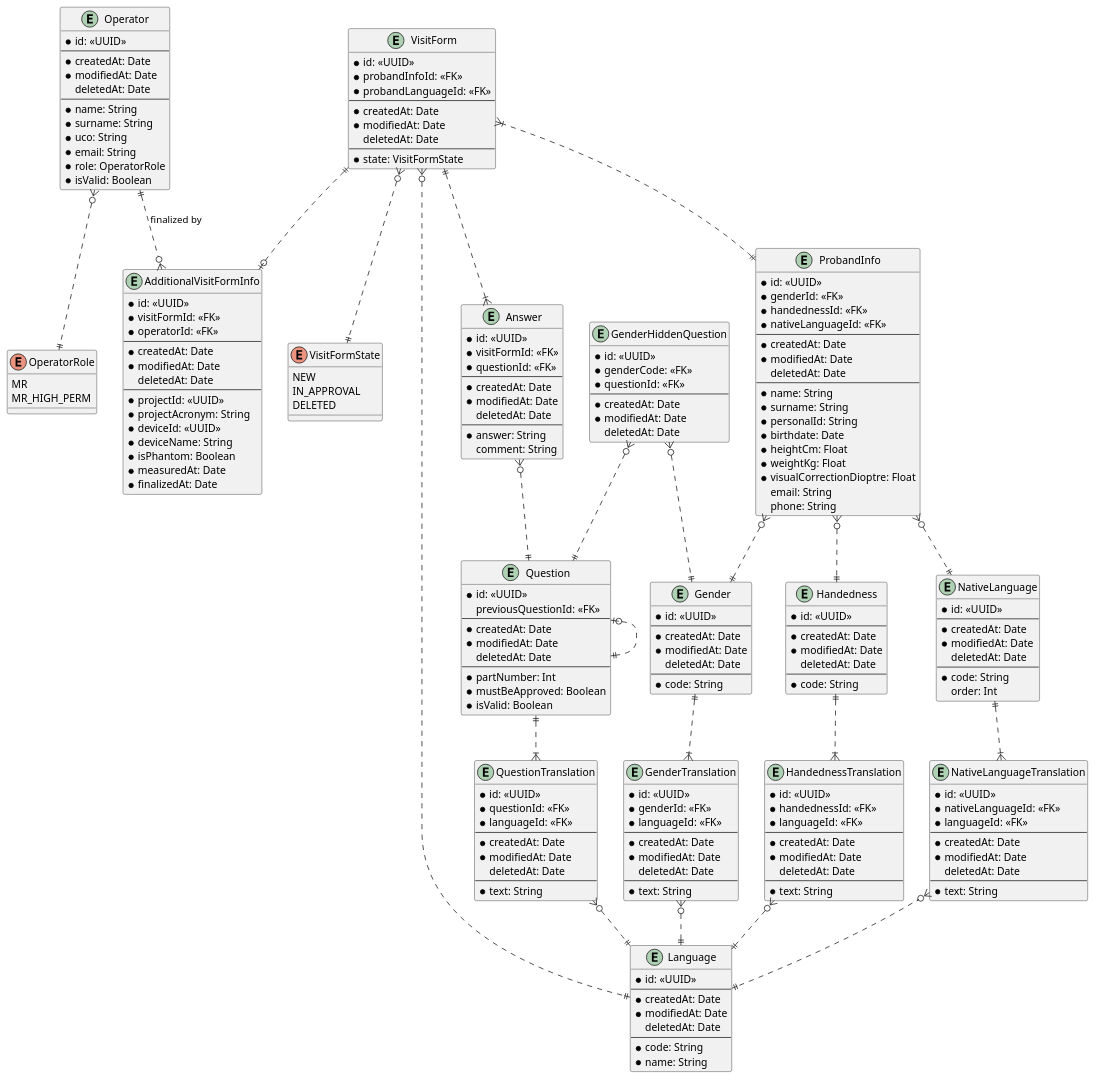
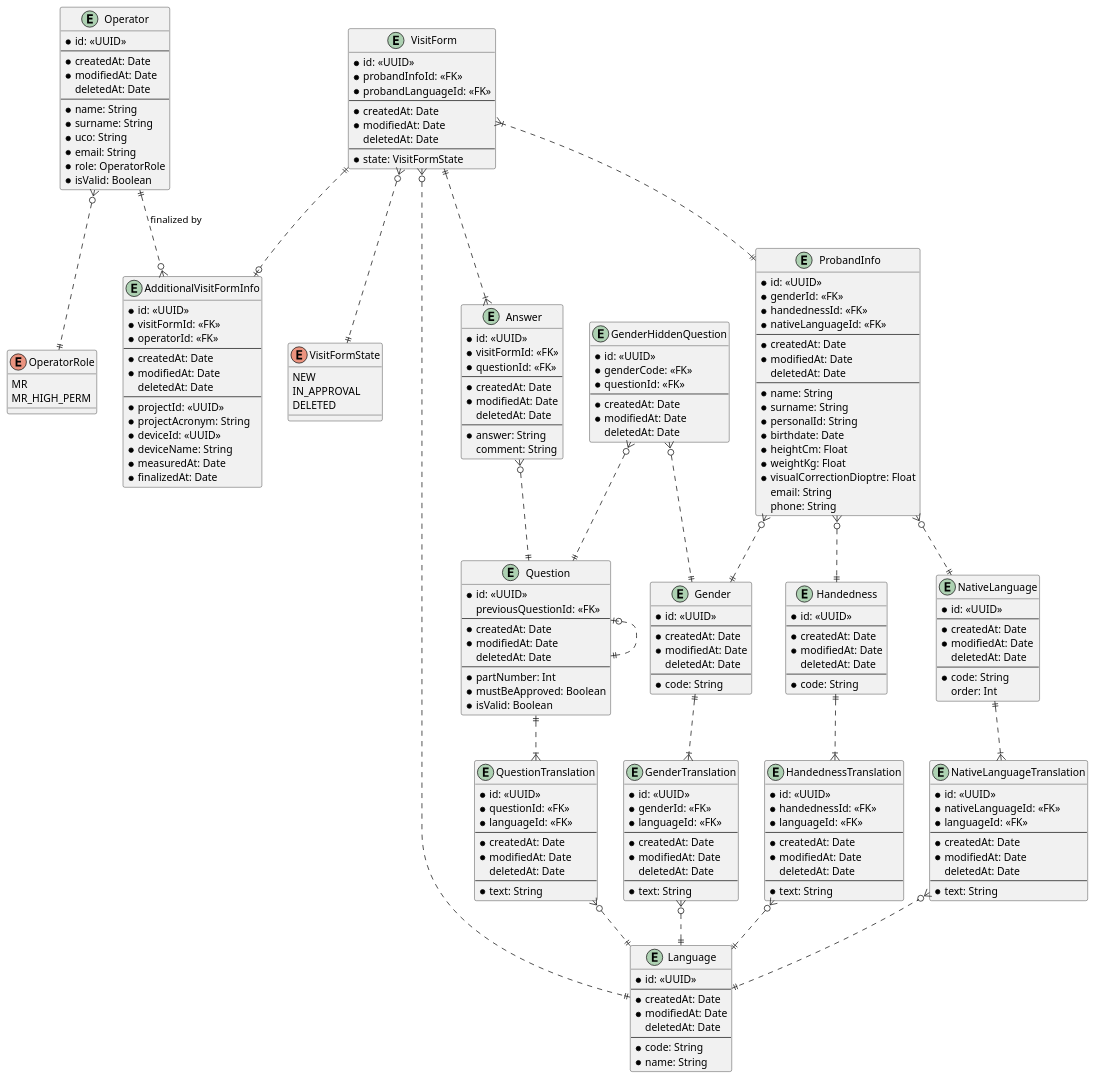
The diagram in docs/ERD.puml (lukas-kratochvil/mafil-proband-safety-questionnaire), drawn with PlantUML before and after one commit. The commit also changed 3 other files, not shown here.

Commit message:
fix: Prisma schema - removed isPhantom from the AdditionalVisitFormInfo entity

```diff
--- a/docs/ERD.puml
+++ b/docs/ERD.puml
@@ -51,7 +51,6 @@
   * projectAcronym: String
   * deviceId: <<UUID>>
   * deviceName: String
-  * isPhantom: Boolean
   * measuredAt: Date
   * finalizedAt: Date
 }
```
